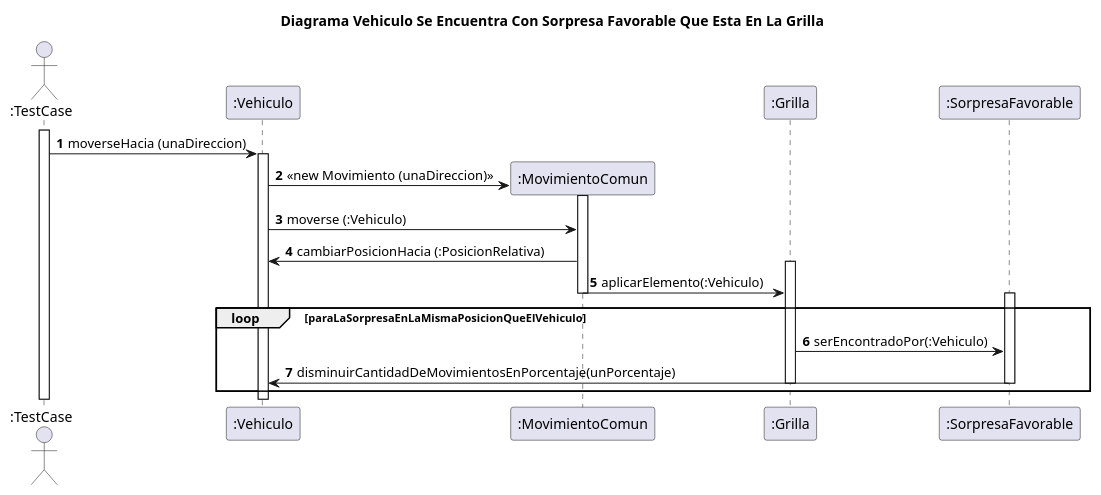
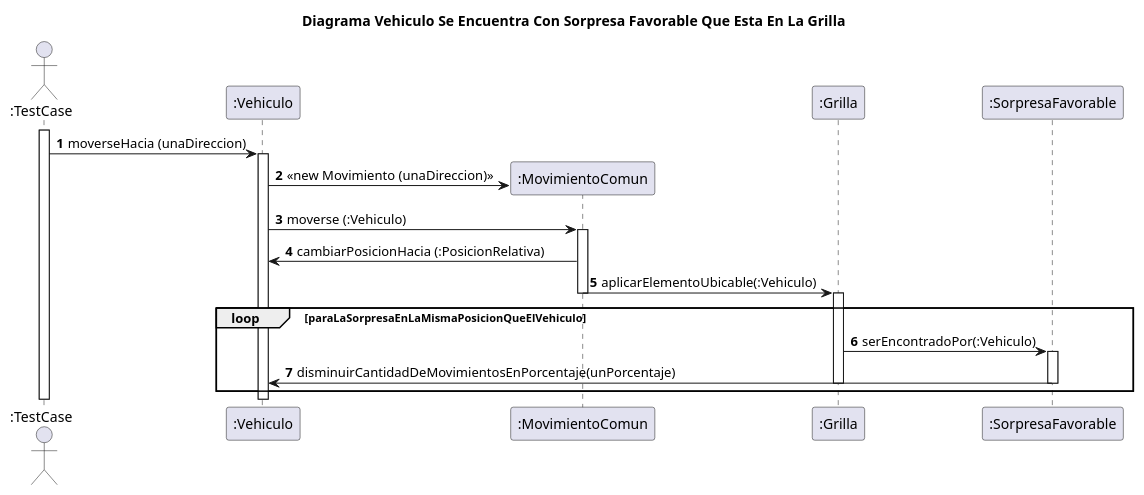
The diagram in diagrams/sequences/DiagramaVehiculoSeEncuentraConSorpresaFavorableQueEstaEnLaGrilla.puml (FacundoBaez1994/Algo3Tp2), drawn with PlantUML before and after one commit. The commit also changed 21 other files, not shown here.

Commit message:
Diagramas de Clases refactorizados

```diff
--- a/diagrams/sequences/DiagramaVehiculoSeEncuentraConSorpresaFavorableQueEstaEnLaGrilla.puml
+++ b/diagrams/sequences/DiagramaVehiculoSeEncuentraConSorpresaFavorableQueEstaEnLaGrilla.puml
@@ -1,25 +1,27 @@
 @startuml
 'https://plantuml.com/sequence-diagram
 title Diagrama Vehiculo Se Encuentra Con Sorpresa Favorable Que Esta En La Grilla
 autonumber
 actor ":TestCase"
 
 Activate ":TestCase"
    ":TestCase" -> ":Vehiculo": moverseHacia (unaDireccion)
     Activate ":Vehiculo"
     create ":MovimientoComun"
     ":Vehiculo" -> ":MovimientoComun": <<new Movimiento (unaDireccion) >>
+    ":Vehiculo" -> ":MovimientoComun": moverse (:Vehiculo)
     Activate ":MovimientoComun"
-    ":Vehiculo" -> ":MovimientoComun": moverse (:Vehiculo)
     ":MovimientoComun" -> ":Vehiculo": cambiarPosicionHacia (:PosicionRelativa)
+    ":MovimientoComun" -> ":Grilla": aplicarElementoUbicable(:Vehiculo)
+    Deactivate ":MovimientoComun"
     Activate ":Grilla"
-    ":MovimientoComun" -> ":Grilla": aplicarElemento(:Vehiculo)
-      Deactivate ":MovimientoComun"
-loop paraLaSorpresaEnLaMismaPosicionQueElVehiculo
+
+    loop paraLaSorpresaEnLaMismaPosicionQueElVehiculo
+
+    ":Grilla" -> ":SorpresaFavorable": serEncontradoPor(:Vehiculo)
     Activate ":SorpresaFavorable"
-    ":Grilla" -> ":SorpresaFavorable": serEncontradoPor(:Vehiculo)
     ":Vehiculo" <- ":SorpresaFavorable": disminuirCantidadDeMovimientosEnPorcentaje(unPorcentaje)
     Deactivate ":SorpresaFavorable"
     Deactivate ":Grilla"
 end
 @enduml
```
